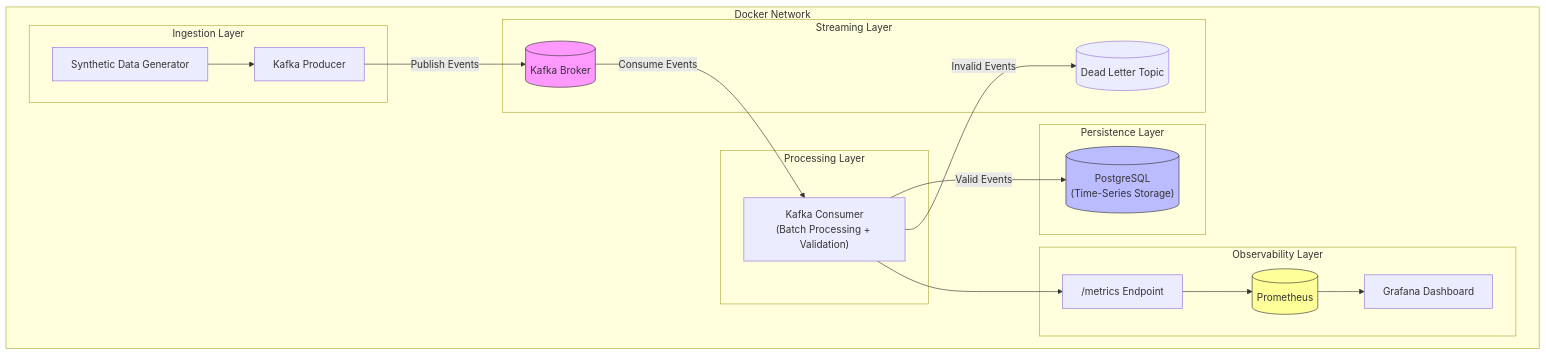
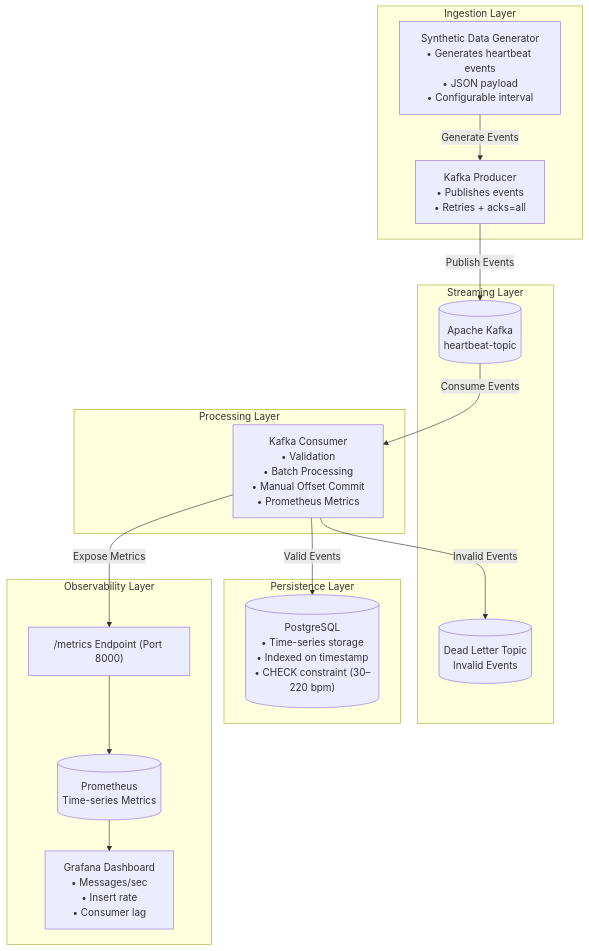
One commit to GhGuda/Kafka-real-time-heartbeat-monitoring-Amalitech changed the diagram in README.md. Above: the diagram before and after it, drawn with Mermaid. The commit also changed other lines of this file and 2180 other files, not shown here.

````diff
--- a/README.md
+++ b/README.md
@@ -1,49 +104,65 @@
 ```mermaid
     flowchart TB
+    %% ===============================
+    %% INGESTION LAYER
+    %% ===============================
 
-        subgraph Docker_Network["Docker Network"]
-            
-            subgraph Ingestion_Layer["Ingestion Layer"]
-                A["Synthetic Data Generator"]
-                B["Kafka Producer"]
-            end
+    subgraph Ingestion_Layer["Ingestion Layer"]
+        A["Synthetic Data Generator<br/>• Generates heartbeat events<br/>• JSON payload<br/>• Configurable interval"]
+        B["Kafka Producer<br/>• Publishes events<br/>• Retries + acks=all"]
+    end
 
-            subgraph Streaming_Layer["Streaming Layer"]
-                C[("Kafka Broker")]
-                DLQ[("Dead Letter Topic")]
-            end
+    %% ===============================
+    %% STREAMING LAYER
+    %% ===============================
 
-            subgraph Processing_Layer["Processing Layer"]
-                D["Kafka Consumer\n(Batch Processing + Validation)"]
-            end
+    subgraph Streaming_Layer["Streaming Layer"]
+        C[("Apache Kafka<br/>heartbeat-topic")]
+        DLQ[("Dead Letter Topic<br/>Invalid Events")]
+    end
 
-            subgraph Storage_Layer["Persistence Layer"]
-                E[("PostgreSQL\n(Time-Series Storage)")]
-            end
+    %% ===============================
+    %% PROCESSING LAYER
+    %% ===============================
 
-            subgraph Observability_Layer["Observability Layer"]
-                M["/metrics Endpoint"]
-                P[("Prometheus")]
-                G["Grafana Dashboard"]
-            end
-        end
+    subgraph Processing_Layer["Processing Layer"]
+        D["Kafka Consumer<br/>• Validation<br/>• Batch Processing<br/>• Manual Offset Commit<br/>• Prometheus Metrics"]
+    end
 
-        %% Data Flow
-        A --> B
-        B -->|Publish Events| C
-        C -->|Consume Events| D
+    %% ===============================
+    %% STORAGE LAYER
+    %% ===============================
 
-        D -->|Valid Events| E
-        D -->|Invalid Events| DLQ
+    subgraph Storage_Layer["Persistence Layer"]
+        E[("PostgreSQL<br/>• Time-series storage<br/>• Indexed on timestamp<br/>• CHECK constraint (30–220 bpm)")]
+    end
 
-        %% Metrics Flow
-        D --> M
-        M --> P
-        P --> G
+    %% ===============================
+    %% OBSERVABILITY LAYER
+    %% ===============================
 
-        %% Styling
-        style C fill:#f9f,stroke:#333,stroke-width:1px
-        style E fill:#bbf,stroke:#333,stroke-width:1px
-        style P fill:#ff9,stroke:#333,stroke-width:1px
+    subgraph Observability_Layer["Observability Layer"]
+        M["/metrics Endpoint (Port 8000)"]
+        P[("Prometheus<br/>Time-series Metrics")]
+        G["Grafana Dashboard<br/>• Messages/sec<br/>• Insert rate<br/>• Consumer lag"]
+    end
+
+    %% ===============================
+    %% DATA FLOW (VERTICAL)
+    %% ===============================
+
+    A -->|Generate Events| B
+    B -->|Publish Events| C
+    C -->|Consume Events| D
+    D -->|Valid Events| E
+    D -->|Invalid Events| DLQ
+
+    %% ===============================
+    %% METRICS FLOW (RIGHT SIDE)
+    %% ===============================
+
+    D -->|Expose Metrics| M
+    M --> P
+    P --> G
 
 ```
````
